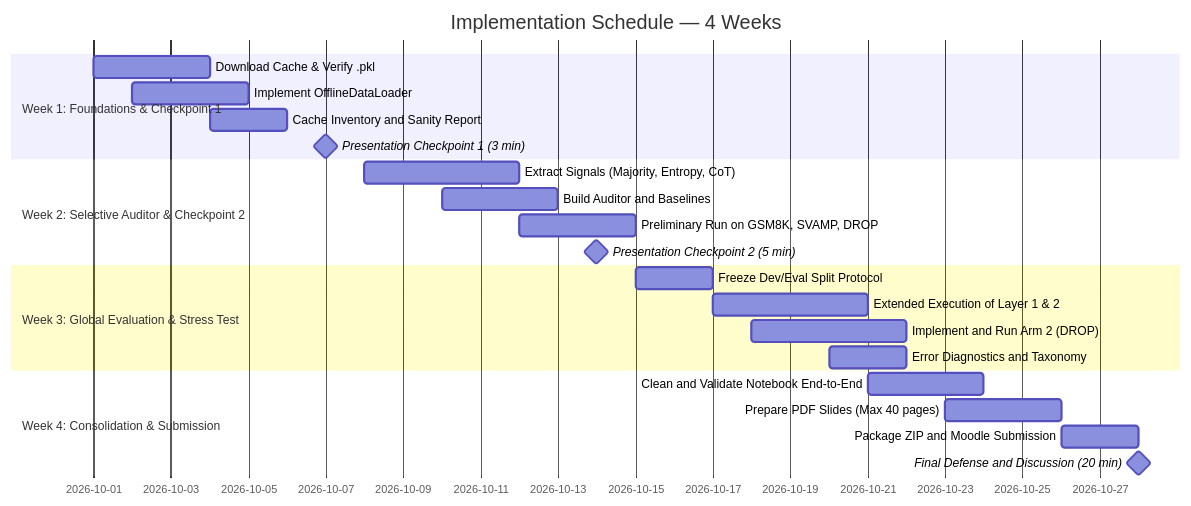
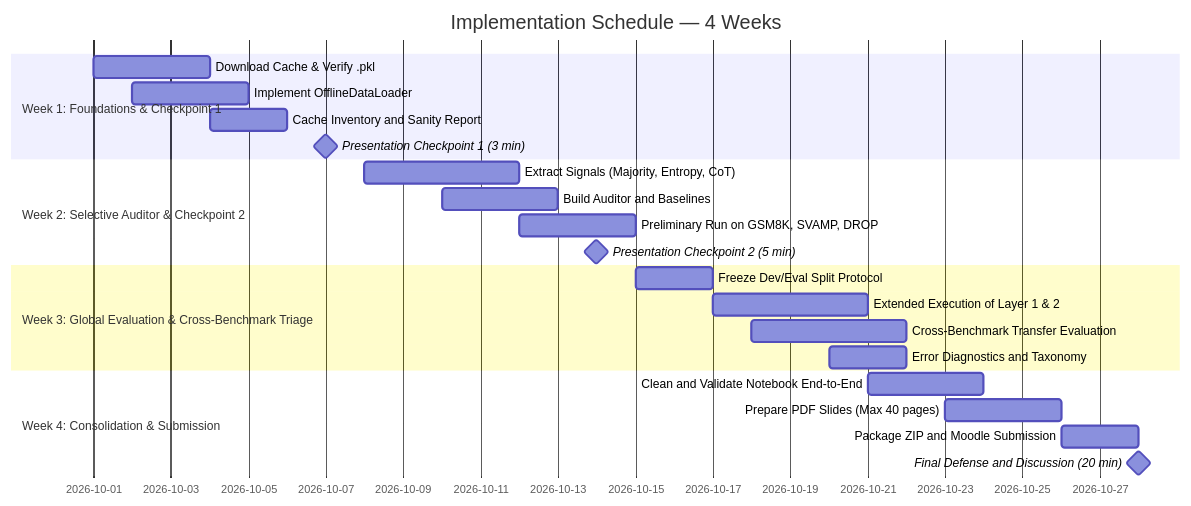
One commit to ferreiraf28/platinum-benchmarks-fork changed the second of 2 diagrams in docs/project_proposal.md. Above: the diagram before and after it, drawn with Mermaid. The commit also changed other lines of this file and 4 other files, not shown here.

````diff
--- a/docs/project_proposal.md
+++ b/docs/project_proposal.md
@@ -512,25 +483,25 @@
 ```mermaid
 gantt
     title Implementation Schedule — 4 Weeks
     dateFormat  YYYY-MM-DD
     section Week 1: Foundations & Checkpoint 1
     Download Cache & Verify .pkl                :2026-10-01, 3d
     Implement OfflineDataLoader                 :2026-10-02, 3d
     Cache Inventory and Sanity Report           :2026-10-04, 2d
     Presentation Checkpoint 1 (3 min)           :milestone, 2026-10-07, 0d
     section Week 2: Selective Auditor & Checkpoint 2
     Extract Signals (Majority, Entropy, CoT)    :2026-10-08, 4d
     Build Auditor and Baselines                 :2026-10-10, 3d
     Preliminary Run on GSM8K, SVAMP, DROP       :2026-10-12, 3d
     Presentation Checkpoint 2 (5 min)           :milestone, 2026-10-14, 0d
-    section Week 3: Global Evaluation & Stress Test
+    section Week 3: Global Evaluation & Cross-Benchmark Triage
     Freeze Dev/Eval Split Protocol              :2026-10-15, 2d
     Extended Execution of Layer 1 & 2           :2026-10-17, 4d
-    Implement and Run Arm 2 (DROP)              :2026-10-18, 4d
+    Cross-Benchmark Transfer Evaluation         :2026-10-18, 4d
     Error Diagnostics and Taxonomy              :2026-10-20, 2d
     section Week 4: Consolidation & Submission
     Clean and Validate Notebook End-to-End      :2026-10-21, 3d
     Prepare PDF Slides (Max 40 pages)           :2026-10-23, 3d
     Package ZIP and Moodle Submission           :2026-10-26, 2d
     Final Defense and Discussion (20 min)       :milestone, 2026-10-28, 0d
 ```
````
